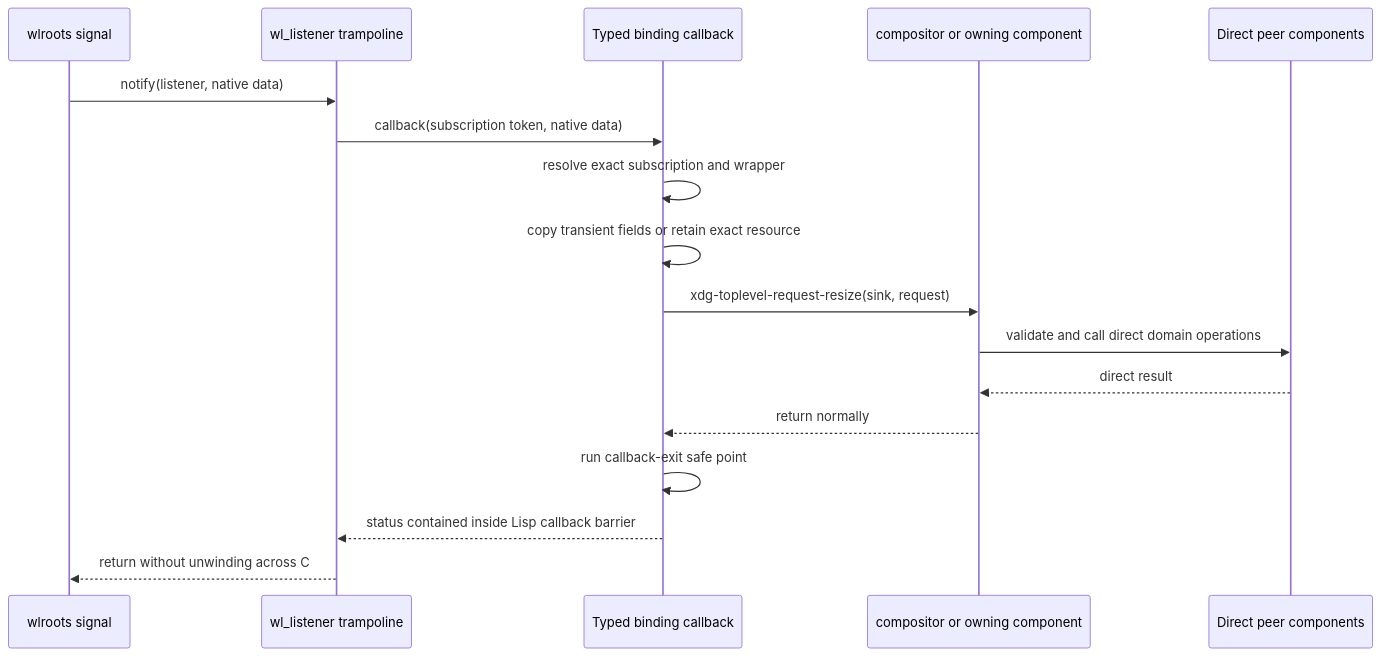
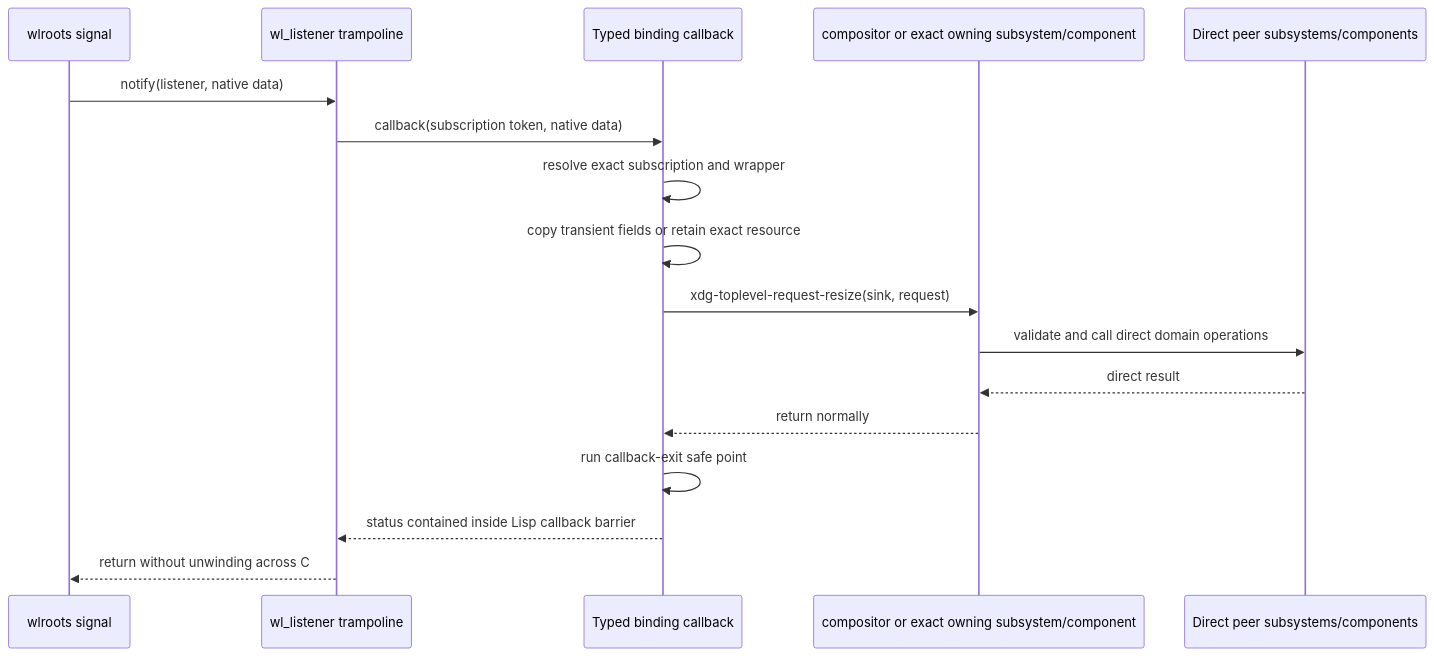
One commit to SeungheonOh/ataxia changed the third of 7 diagrams in docs/WLROOTS-COMPOSITOR-INTERFACE.md. Above: the diagram before and after it, drawn with Mermaid. The commit also changed other lines of this file and 3 other files, not shown here.

````diff
--- a/docs/WLROOTS-COMPOSITOR-INTERFACE.md
+++ b/docs/WLROOTS-COMPOSITOR-INTERFACE.md
@@ -648,20 +650,20 @@
 ```mermaid
 sequenceDiagram
     participant W as wlroots signal
     participant T as wl_listener trampoline
     participant B as Typed binding callback
-    participant C as compositor or owning component
-    participant P as Direct peer components
+    participant C as compositor or exact owning subsystem/component
+    participant P as Direct peer subsystems/components
 
     W->>T: notify(listener, native data)
     T->>B: callback(subscription token, native data)
     B->>B: resolve exact subscription and wrapper
     B->>B: copy transient fields or retain exact resource
     B->>C: xdg-toplevel-request-resize(sink, request)
     C->>P: validate and call direct domain operations
     P-->>C: direct result
     C-->>B: return normally
     B->>B: run callback-exit safe point
     B-->>T: status contained inside Lisp callback barrier
     T-->>W: return without unwinding across C
 ```
````
